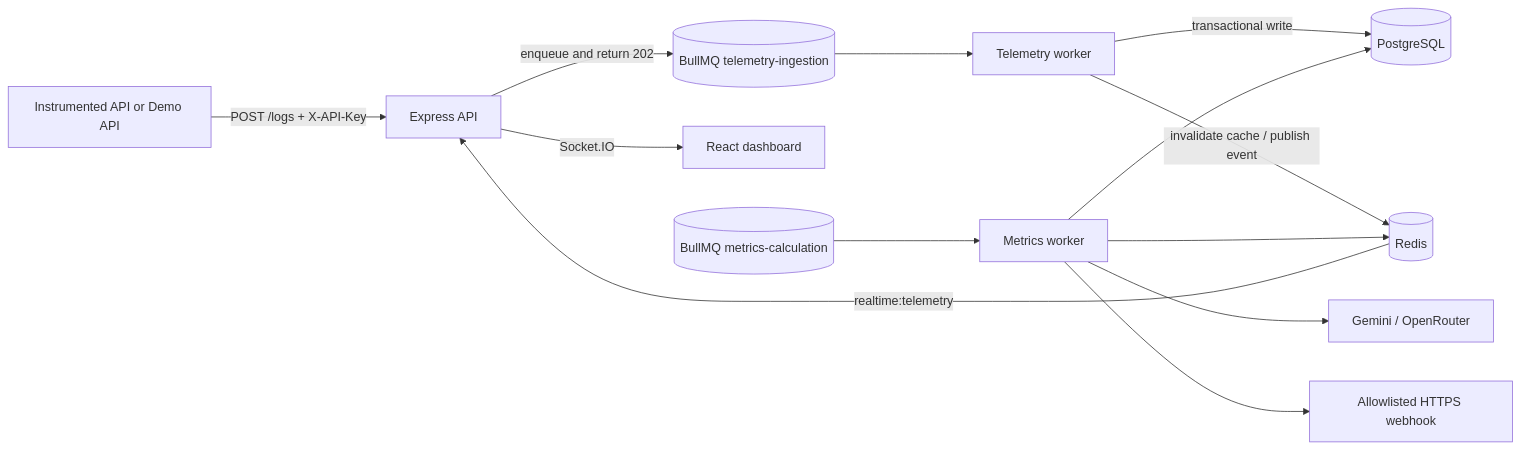
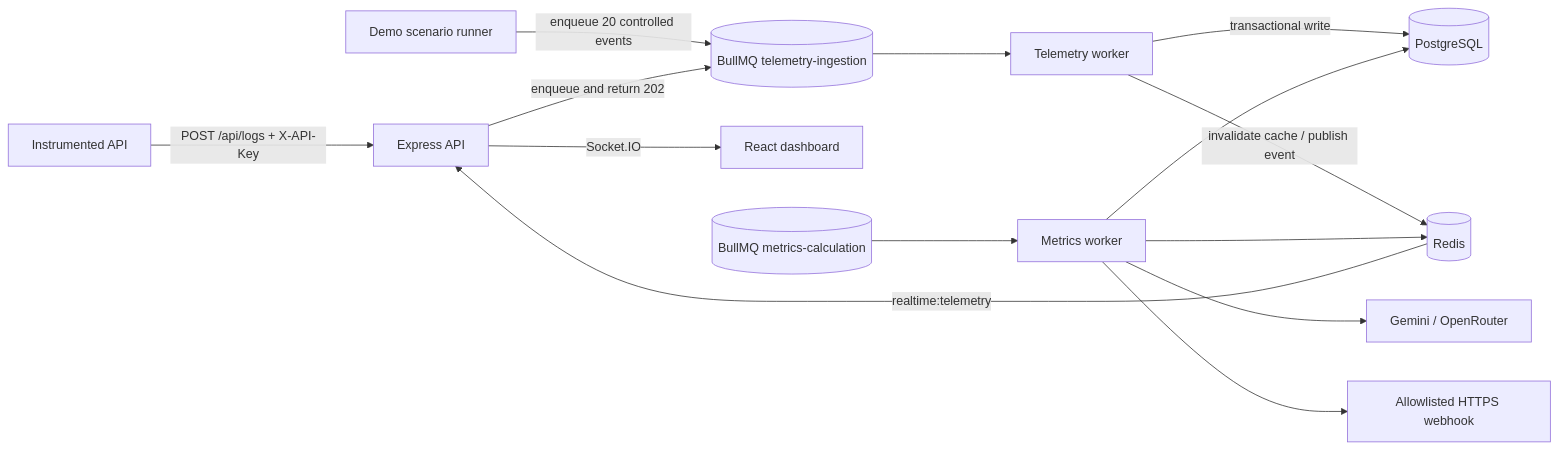
One commit to JAHNAVI251203/ai-api-analytics-platform changed the diagram in README.md. Above: the diagram before and after it, drawn with Mermaid. The commit also changed other lines of this file and 16 other files, not shown here.

Commit message:
refactor: update API endpoints to include '/api' prefix; remove demo API service and related tests; enhance demo scenario handling

````diff
--- a/README.md
+++ b/README.md
@@ -44,16 +44,17 @@
 ```mermaid
 flowchart LR
-    S[Instrumented API or Demo API] -->|POST /logs + X-API-Key| A[Express API]
+    S[Instrumented API] -->|POST /api/logs + X-API-Key| A[Express API]
+    DS[Demo scenario runner] -->|enqueue 20 controlled events| TQ
     A -->|enqueue and return 202| TQ[(BullMQ telemetry-ingestion)]
     TQ --> W[Telemetry worker]
     W -->|transactional write| P[(PostgreSQL)]
     W -->|invalidate cache / publish event| R[(Redis)]
     R -->|realtime:telemetry| A
     A -->|Socket.IO| D[React dashboard]
 
     MQ[(BullMQ metrics-calculation)] --> MW[Metrics worker]
     MW --> P
     MW --> R
     MW --> AI[Gemini / OpenRouter]
     MW --> WH[Allowlisted HTTPS webhook]
 ```
````
